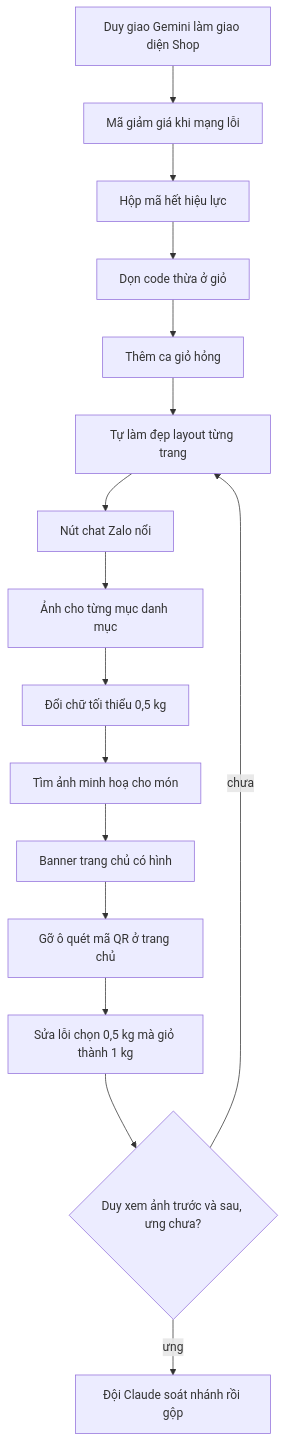
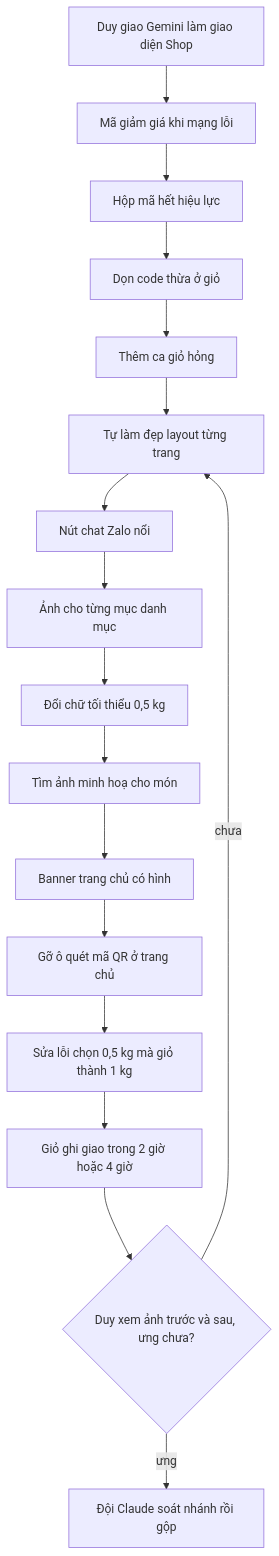
One commit to DuyduyFedev46/fish changed the diagram in doc/features/2026-11-11-shop-ui-gemini/02c-giao-viec.md. Above: the diagram before and after it, drawn with Mermaid. The commit also changed other lines of this file, not shown here.

Commit message:
Phiếu Gemini: thêm GUI-13 nhãn thời gian giao 2 giờ/4 giờ ở giỏ hàng (Duy chốt 14/11)

````diff
--- a/doc/features/2026-11-11-shop-ui-gemini/02c-giao-viec.md
+++ b/doc/features/2026-11-11-shop-ui-gemini/02c-giao-viec.md
@@ -3,18 +3,19 @@
 ```mermaid
 flowchart TD
   A["Duy giao Gemini làm giao diện Shop"] --> V1["Mã giảm giá khi mạng lỗi"]
   V1 --> V2["Hộp mã hết hiệu lực"]
   V2 --> V3["Dọn code thừa ở giỏ"]
   V3 --> V4["Thêm ca giỏ hỏng"]
   V4 --> V5["Tự làm đẹp layout từng trang"]
   V5 --> V6["Nút chat Zalo nổi"]
   V6 --> V7["Ảnh cho từng mục danh mục"]
   V7 --> V8["Đổi chữ tối thiểu 0,5 kg"]
   V8 --> V9["Tìm ảnh minh hoạ cho món"]
   V9 --> V10["Banner trang chủ có hình"]
   V10 --> V11["Gỡ ô quét mã QR ở trang chủ"]
   V11 --> V12["Sửa lỗi chọn 0,5 kg mà giỏ thành 1 kg"]
-  V12 --> D{"Duy xem ảnh trước và sau, ưng chưa?"}
+  V12 --> V13["Giỏ ghi giao trong 2 giờ hoặc 4 giờ"]
+  V13 --> D{"Duy xem ảnh trước và sau, ưng chưa?"}
   D -- "chưa" --> V5
   D -- "ưng" --> R["Đội Claude soát nhánh rồi gộp"]
 ```
````
